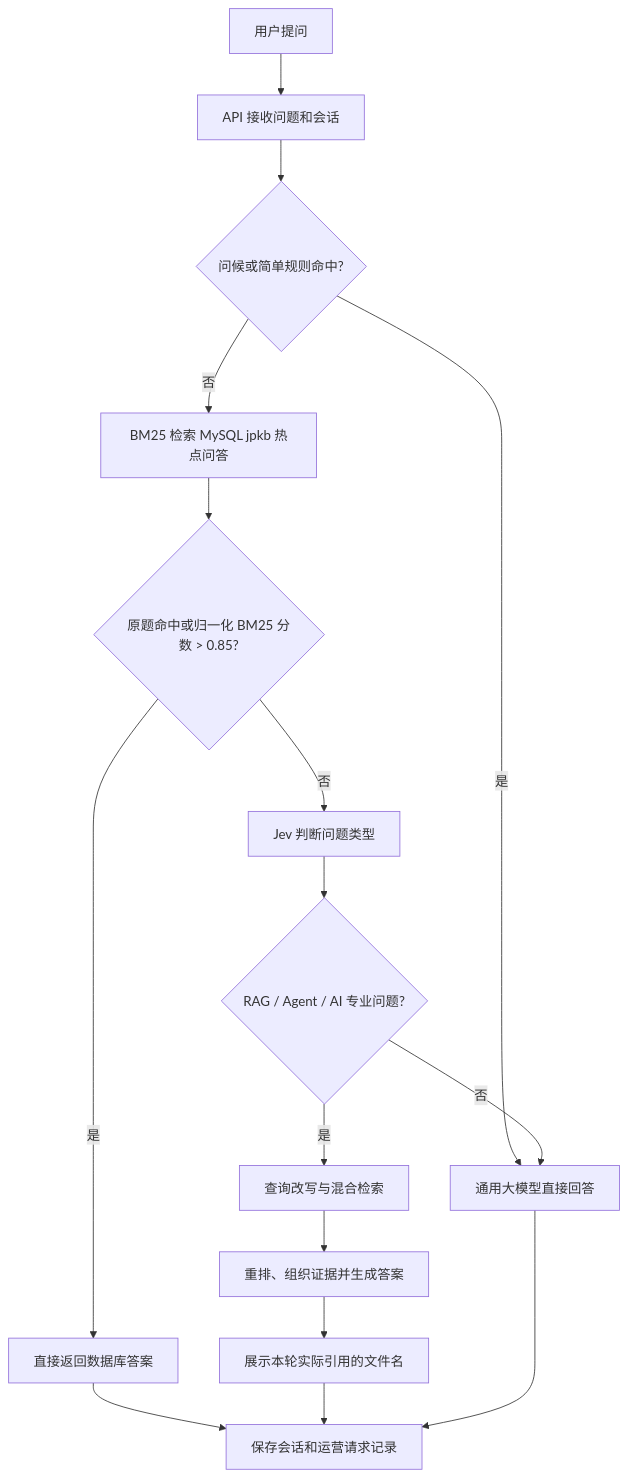
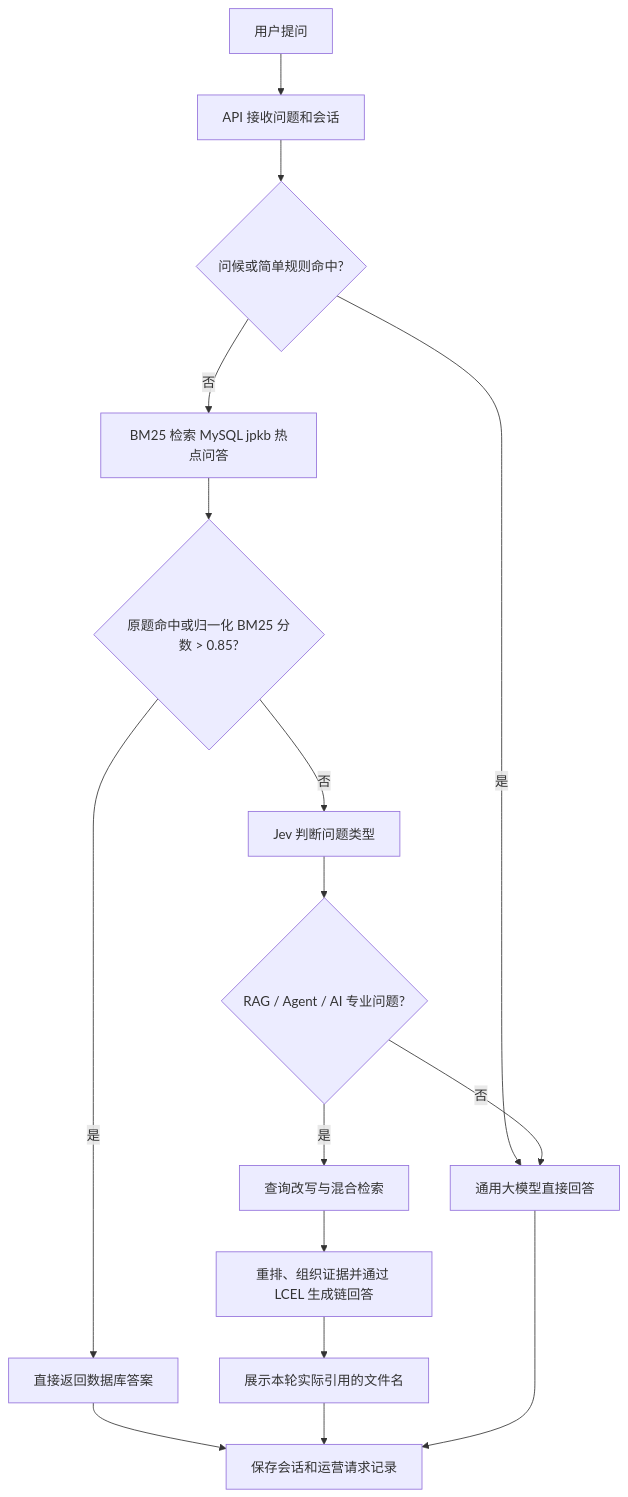
The diagram in ARCHITECTURE.md (FkzTwnd04/-), drawn with Mermaid before and after one commit. The commit also changed other lines of this file and 7 other files, not shown here.

````diff
--- a/ARCHITECTURE.md
+++ b/ARCHITECTURE.md
@@ -190,18 +190,18 @@
 ```mermaid
 flowchart TD
     A[用户提问] --> B[API 接收问题和会话]
     B --> C{问候或简单规则命中?}
     C -->|是| H[返回固定答复]
     C -->|否| D[BM25 检索 MySQL jpkb 热点问答]
     D --> E{原题命中或归一化 BM25 分数 > 0.85?}
     E -->|是| K[直接返回数据库答案]
     E -->|否| F[Jev 判断问题类型]
     F --> G{RAG / Agent / AI 专业问题?}
     G -->|否| H[通用大模型直接回答]
     G -->|是| I[查询改写与混合检索]
-    I --> J[重排、组织证据并生成答案]
+    I --> J[重排、组织证据并通过 LCEL 生成链回答]
     J --> L[展示本轮实际引用的文件名]
     K --> S[保存会话和运营请求记录]
     L --> S
     H --> S
 ```
````
